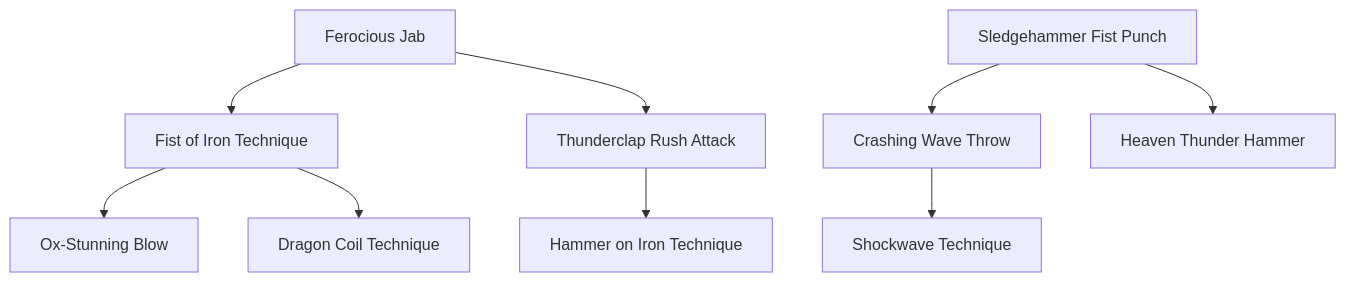
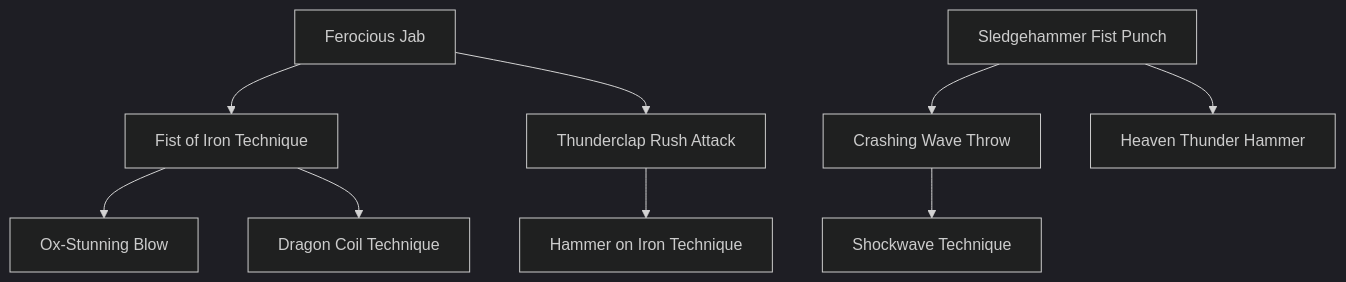
The diagram in docs/mermaid/solar/dawn_brawl.mmd (jrobichaud/exalted-charms-1e), drawn with Mermaid before and after one commit. The commit also changed 4 other files, not shown here.

```diff
--- a/docs/mermaid/solar/dawn_brawl.mmd
+++ b/docs/mermaid/solar/dawn_brawl.mmd
@@ -1,3 +1,7 @@
+---
+config:
+  theme: dark
+---
 flowchart TD
 
     ferocious_jab[Ferocious Jab]
```
